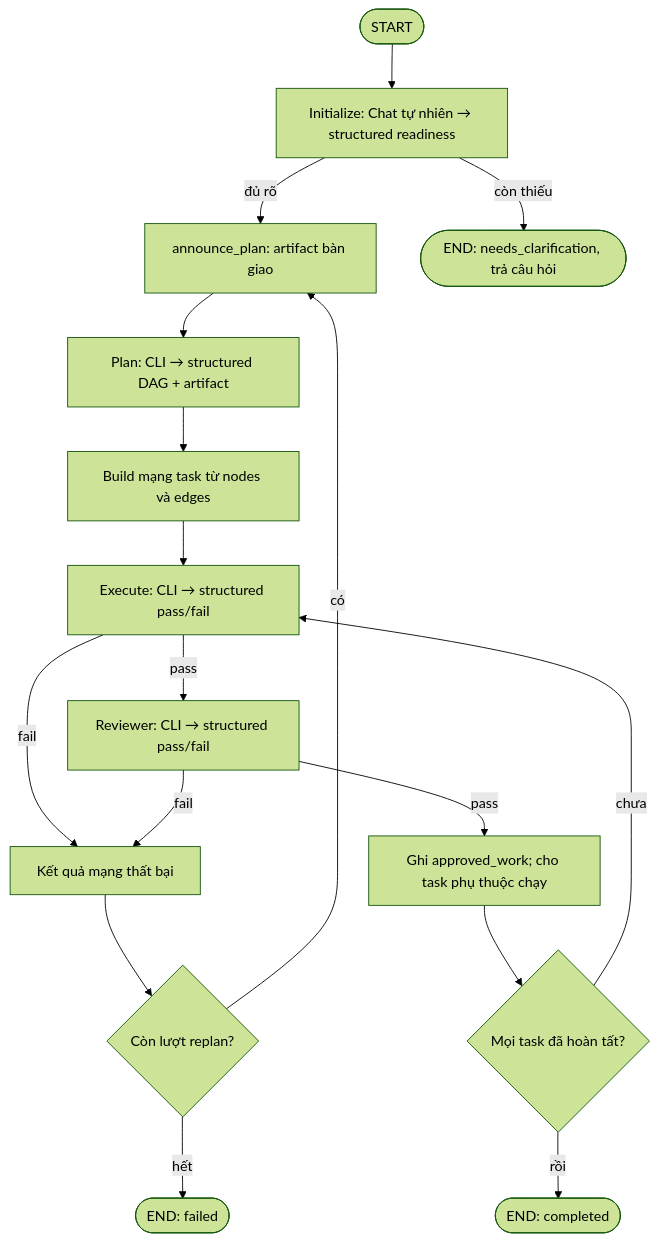
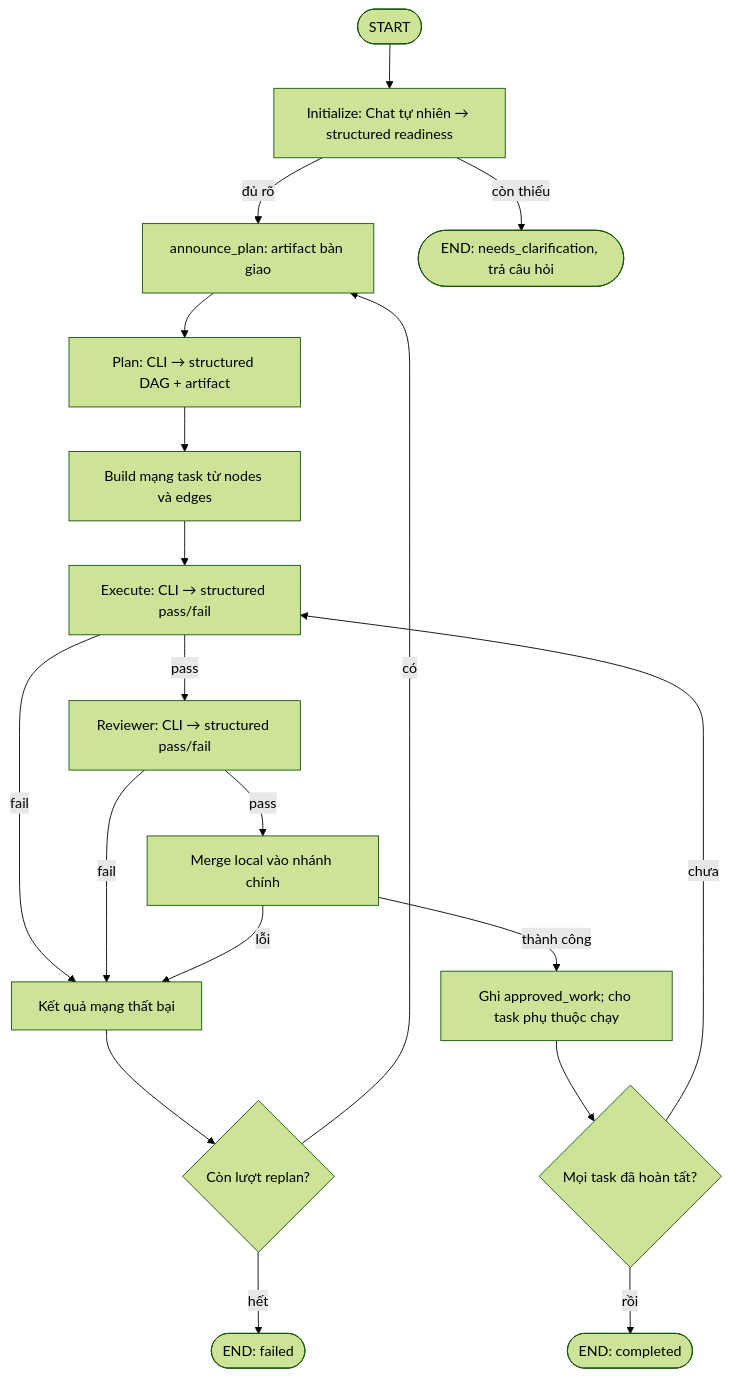
Before and after one commit to tapati0127/Coding-Agent-Orchestrator: the diagram in README.md, drawn with Mermaid (forest theme). The commit also changed other lines of this file and 66 other files, not shown here.

````diff
--- a/README.md
+++ b/README.md
@@ -97,19 +99,21 @@
 ```mermaid
 flowchart TD
     S([START]) --> I[Initialize: Chat tự nhiên → structured readiness]
     I -- đủ rõ --> H[announce_plan: artifact bàn giao]
     H --> P[Plan: CLI → structured DAG + artifact]
     I -- còn thiếu --> C([END: needs_clarification, trả câu hỏi])
     P --> E[Build mạng task từ nodes và edges]
     E --> X[Execute: CLI → structured pass/fail]
     X -- pass --> R[Reviewer: CLI → structured pass/fail]
     X -- fail --> F[Kết quả mạng thất bại]
     R -- fail --> F
-    R -- pass --> A[Ghi approved_work; cho task phụ thuộc chạy]
+    R -- pass --> M[Merge local vào nhánh chính]
+    M -- thành công --> A[Ghi approved_work; cho task phụ thuộc chạy]
+    M -- lỗi --> F
     A --> D{Mọi task đã hoàn tất?}
     D -- chưa --> X
     D -- rồi --> Z([END: completed])
     F --> B{Còn lượt replan?}
     B -- có --> H
     B -- hết --> Q([END: failed])
 ```
````
